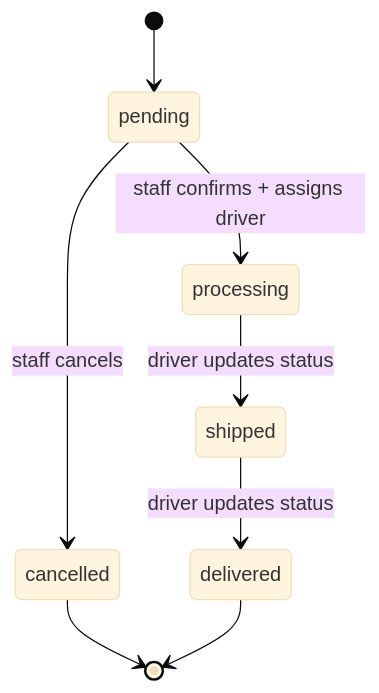
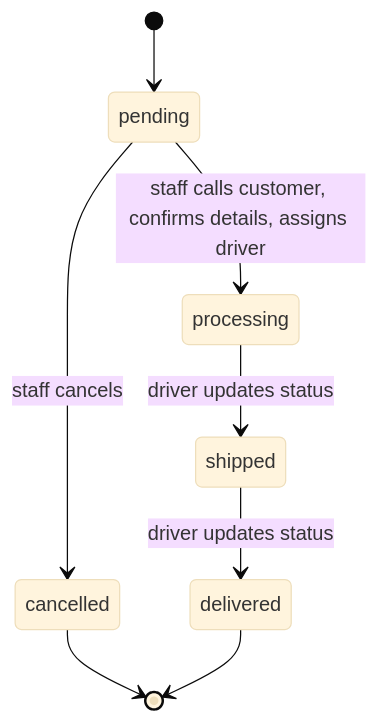
One commit to rrnsz/car-dealership-management-system changed the second of 2 diagrams in README.md. Above: the diagram before and after it, drawn with Mermaid (base theme). The commit also changed other lines of this file, not shown here.

First line of the commit message:
Correct README details and add author credit

````diff
--- a/README.md
+++ b/README.md
@@ -79,10 +79,10 @@
 ```mermaid
 stateDiagram-v2
     [*] --> pending
-    pending --> processing: staff confirms + assigns driver
+    pending --> processing: staff calls customer, confirms details, assigns driver
     pending --> cancelled: staff cancels
     processing --> shipped: driver updates status
     shipped --> delivered: driver updates status
     cancelled --> [*]
     delivered --> [*]
 ```
````
